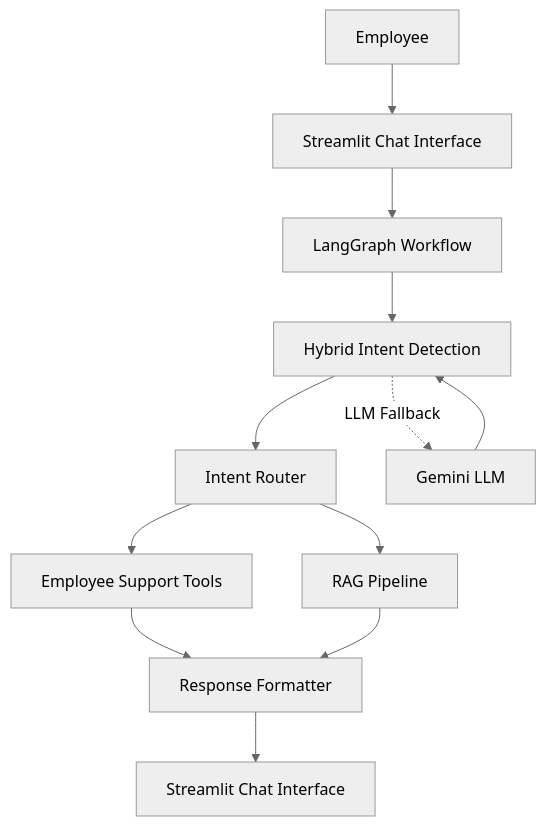
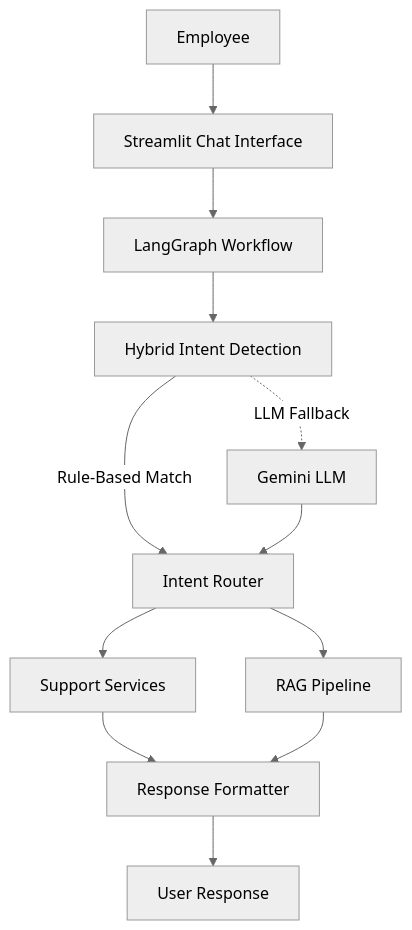
The diagram in README.md (bhanusri-123/Employee-support-ai), drawn with Mermaid (neutral theme) before and after one commit. The commit also changed other lines of this file, not shown here.

Commit message:
Revise README with updated architecture and explanations
Updated system architecture diagram and clarified workflow details in the README.

````diff
--- a/README.md
+++ b/README.md
@@ -28,22 +27,22 @@
 ```mermaid
 flowchart TD
 
     A[Employee] --> B[Streamlit Chat Interface]
 
     B --> C[LangGraph Workflow]
 
     C --> D[Hybrid Intent Detection]
 
-    D --> E[Intent Router]
+    D -->|Rule-Based Match| E[Intent Router]
+    D -.->|LLM Fallback| F[Gemini LLM]
 
-    D -. LLM Fallback .-> F[Gemini LLM]
-    F --> D
+    F --> E
 
-    E --> G[Employee Support Tools]
+    E --> G[Support Services]
     E --> H[RAG Pipeline]
 
     G --> I[Response Formatter]
     H --> I
 
-    I --> J[Streamlit Chat Interface]
+    I --> J[User Response]
 ```
````
